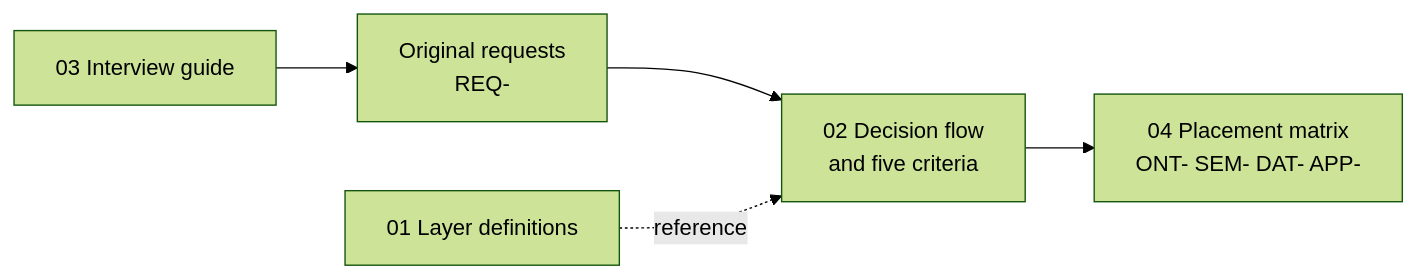
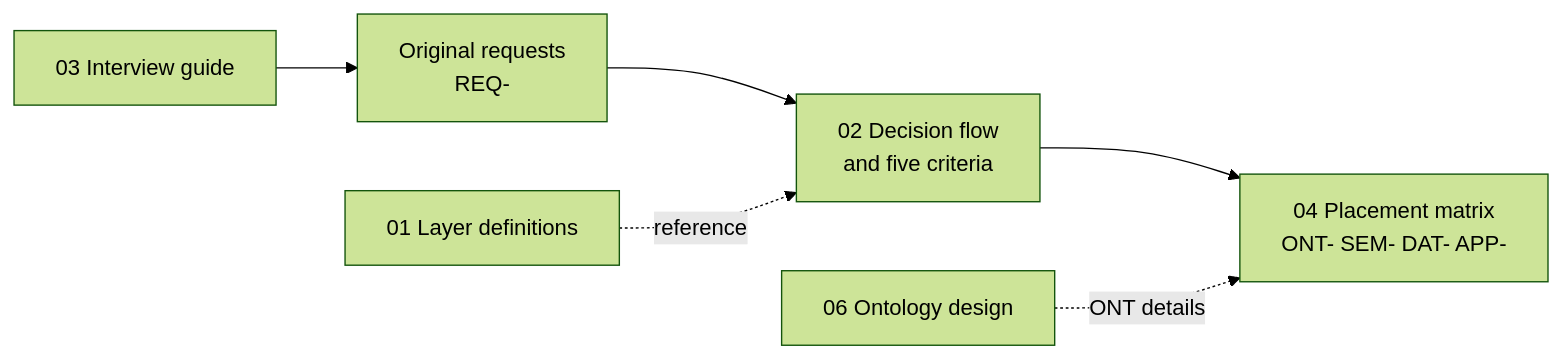
Before and after one commit to keito118/ai-ready-requirements: the diagram in README.md, drawn with Mermaid (forest theme). The commit also changed other lines of this file and 11 other files, not shown here.

Commit message:
Add ontology design guide and layer boundary tests (en/ja)

````diff
--- a/README.md
+++ b/README.md
@@ -13,7 +13,8 @@
 ```mermaid
 flowchart LR
   I[03 Interview guide] --> R[Original requests<br/>REQ-]
   R --> F[02 Decision flow<br/>and five criteria]
   F --> M[04 Placement matrix<br/>ONT- SEM- DAT- APP-]
   L[01 Layer definitions] -. reference .-> F
+  OD[06 Ontology design] -. ONT details .-> M
 ```
````
